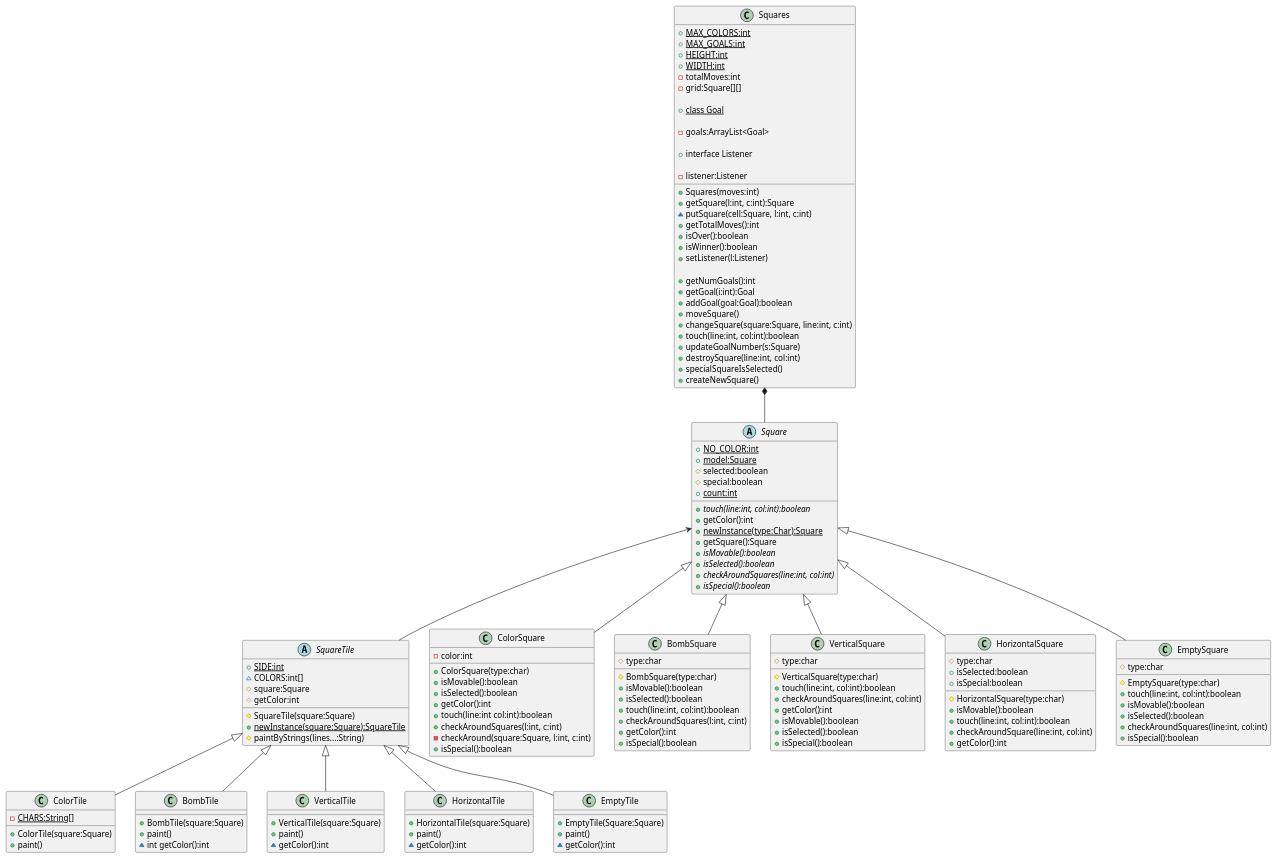
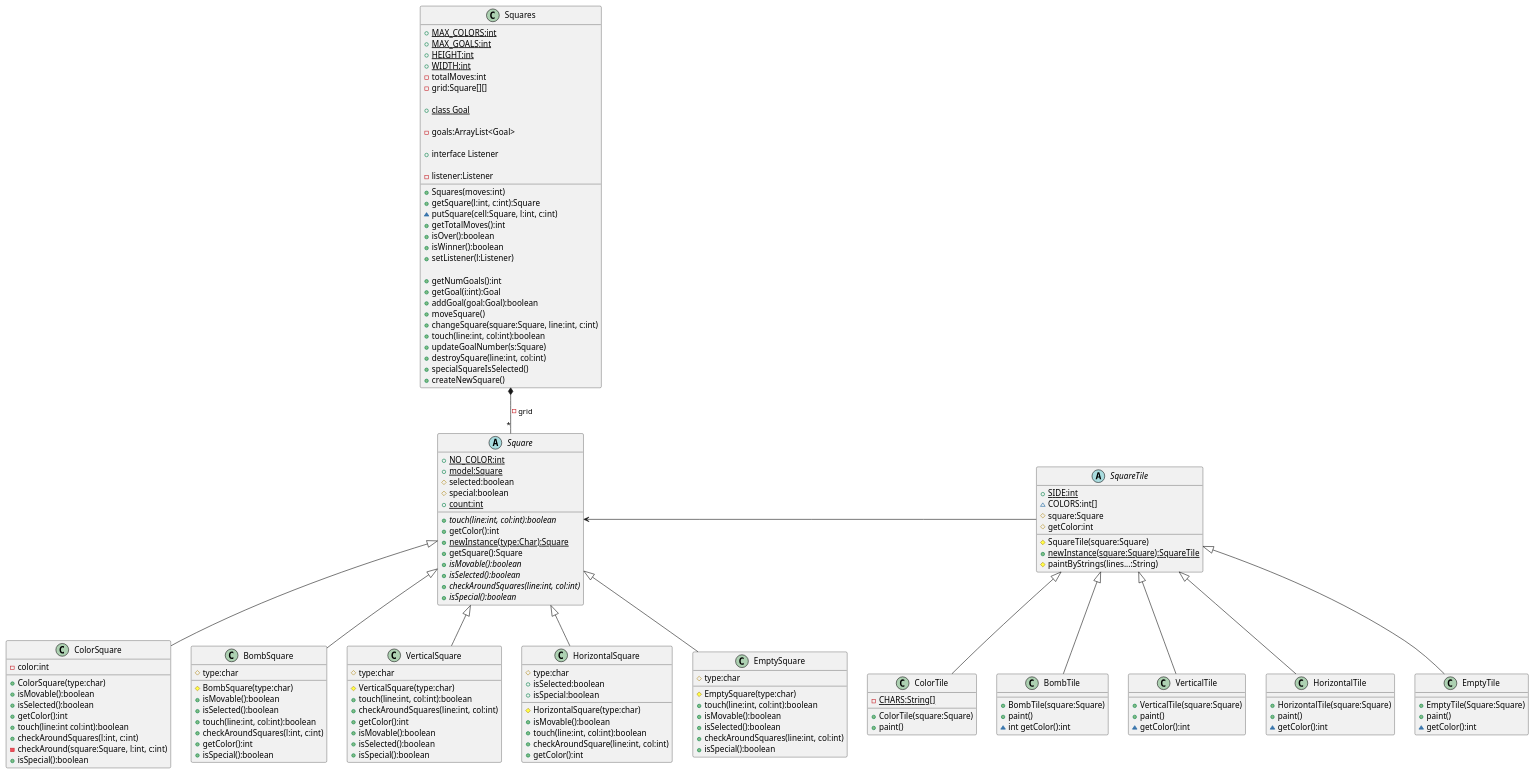
Before and after one commit to sikandre/ISEL-LEIC-1718i-Squares: the diagram in src/UML_SquaresConsole.puml, drawn with PlantUML. The commit also changed 5 other files, not shown here.

```diff
--- a/src/UML_SquaresConsole.puml
+++ b/src/UML_SquaresConsole.puml
@@ -1,170 +1,168 @@
 @startuml
 
-Squares *-- Square
+Squares *-- "*" Square : -grid
 
 class Squares {
     +{static}MAX_COLORS:int
     +{static}MAX_GOALS:int
     +{static}HEIGHT:int
     +{static}WIDTH:int
     -totalMoves:int
     -grid:Square[][]
     +Squares(moves:int)
     +getSquare(l:int, c:int):Square
     ~putSquare(cell:Square, l:int, c:int)
     +getTotalMoves():int
     +isOver():boolean
     +isWinner():boolean
 
     +{static}class Goal
 
     -goals:ArrayList<Goal>
 
     +interface Listener
 
     -listener:Listener
     +setListener(l:Listener)
 
     +getNumGoals():int
     +getGoal(i:int):Goal
     +addGoal(goal:Goal):boolean
     +moveSquare()
     +changeSquare(square:Square, line:int, c:int)
     +touch(line:int, col:int):boolean
     +updateGoalNumber(s:Square)
     +destroySquare(line:int, col:int)
     +specialSquareIsSelected()
     +createNewSquare()
 }
 
 abstract class SquareTile {
     +{static}SIDE:int
     ~COLORS:int[]
     #square:Square
     #SquareTile(square:Square)
     #getColor:int
     +{static}newInstance(square:Square):SquareTile
     #paintByStrings(lines...:String)
 }
 
 class ColorTile {
     -{static}CHARS:String[]
     +ColorTile(square:Square)
     +paint()
 }
 
 class BombTile {
     +BombTile(square:Square)
     +paint()
     ~int getColor():int
 }
 
 class VerticalTile {
     +VerticalTile(square:Square)
     +paint()
     ~getColor():int
 }
 
 class HorizontalTile {
     +HorizontalTile(square:Square)
     +paint()
     ~getColor():int
 }
 
 class EmptyTile {
     +EmptyTile(Square:Square)
     +paint()
     ~getColor():int
 }
 
 SquareTile <|-- ColorTile
 SquareTile <|-- BombTile
 SquareTile <|-- VerticalTile
 SquareTile <|-- HorizontalTile
 SquareTile <|-- EmptyTile
 
 abstract class Square {
     +{static}NO_COLOR:int
     +{static}model:Square
     #selected:boolean
     #special:boolean
     +{static}count:int
     +{abstract}touch(line:int, col:int):boolean
     +getColor():int
     +{static}newInstance(type:Char):Square
     +getSquare():Square
     +{abstract}isMovable():boolean
     +{abstract}isSelected():boolean
     +{abstract}checkAroundSquares(line:int, col:int)
     +{abstract}isSpecial():boolean
 }
 
 class ColorSquare {
     -color:int
     +ColorSquare(type:char)
     +isMovable():boolean
     +isSelected():boolean
     +getColor():int
     +touch(line:int col:int):boolean
     +checkAroundSquares(l:int, c:int)
     -checkAround(square:Square, l:int, c:int)
     +isSpecial():boolean
 }
 
 class BombSquare {
     #type:char
     #BombSquare(type:char)
     +isMovable():boolean
     +isSelected():boolean
     +touch(line:int, col:int):boolean
     +checkAroundSquares(l:int, c:int)
     +getColor():int
     +isSpecial():boolean
 }
 
 class VerticalSquare {
     #type:char
     #VerticalSquare(type:char)
     +touch(line:int, col:int):boolean
     +checkAroundSquares(line:int, col:int)
     +getColor():int
     +isMovable():boolean
     +isSelected():boolean
     +isSpecial():boolean
 }
 
 class HorizontalSquare {
     #type:char
     #HorizontalSquare(type:char)
     +isMovable():boolean
     +isSelected:boolean
     +touch(line:int, col:int):boolean
     +checkAroundSquare(line:int, col:int)
     +getColor():int
     +isSpecial:boolean
 }
 
 class EmptySquare {
     #type:char
     #EmptySquare(type:char)
     +touch(line:int, col:int):boolean
     +isMovable():boolean
     +isSelected():boolean
     +checkAroundSquares(line:int, col:int)
     +isSpecial():boolean
 }
 
-Square <-- SquareTile
+Square <- SquareTile
 Square <|-- ColorSquare
 Square <|-- BombSquare
 Square <|-- VerticalSquare
 Square <|-- HorizontalSquare
 Square <|-- EmptySquare
 
-class ColorTile {
-}
 
 
 
 
 @enduml
```
